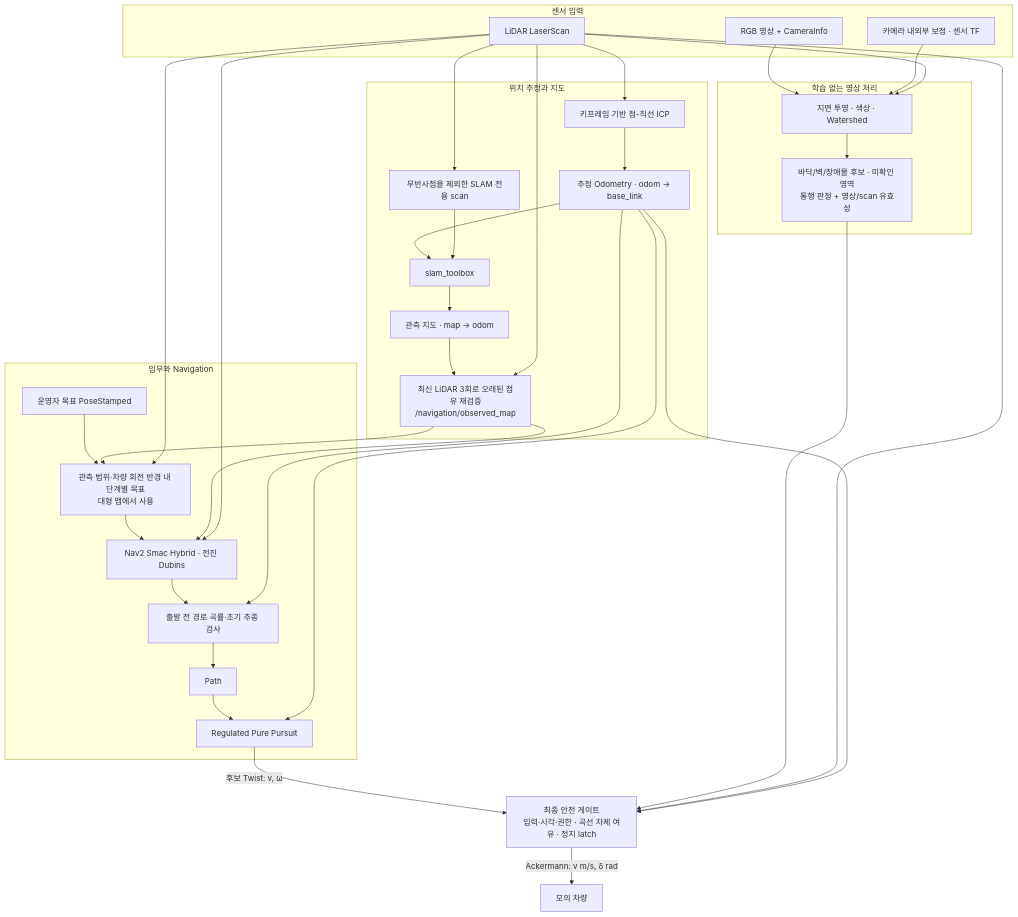
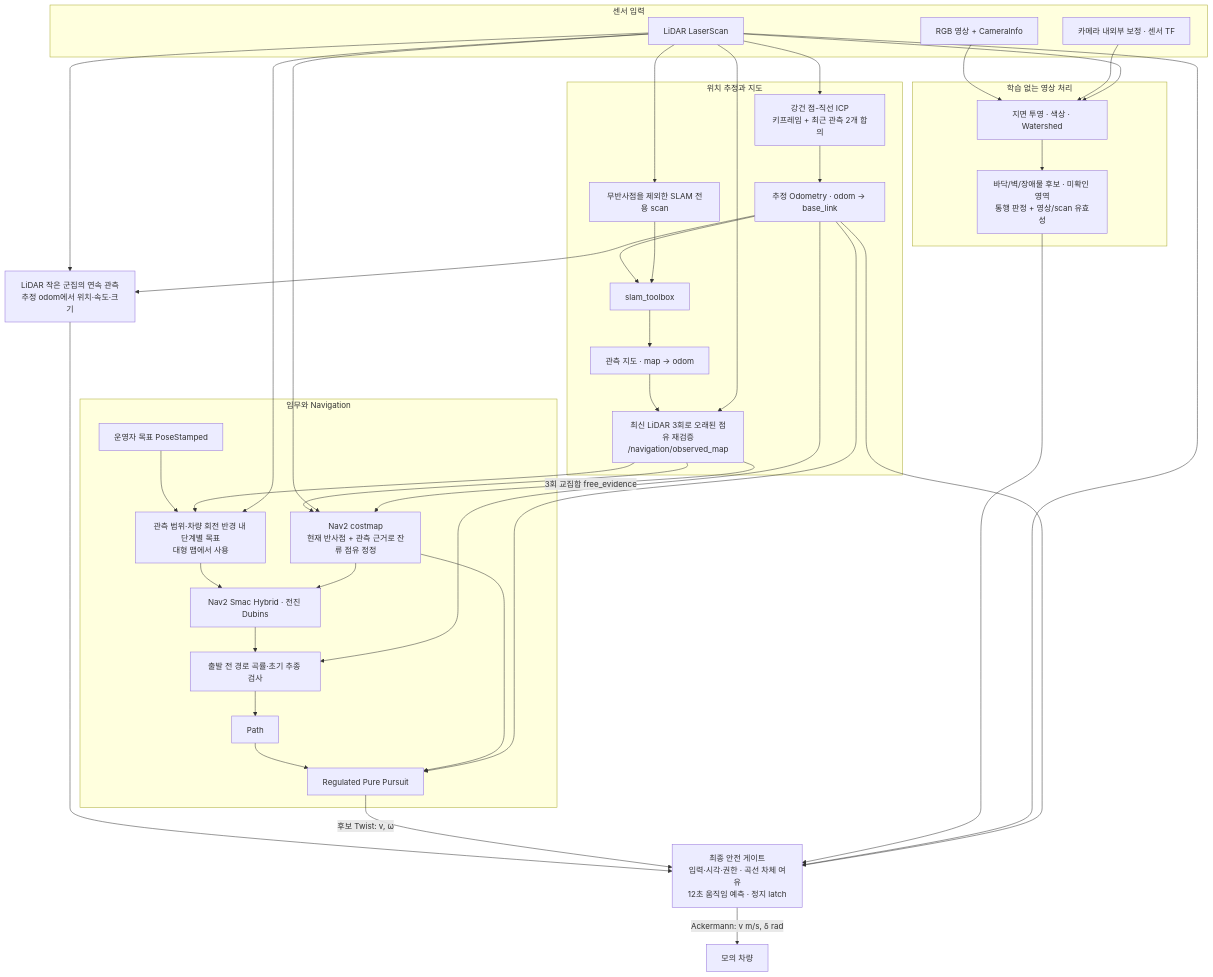
The diagram in docs/architecture.md (dongguekim-rgb/mrider), drawn with Mermaid before and after one commit. The commit also changed other lines of this file and 359 other files, not shown here.

````diff
--- a/docs/architecture.md
+++ b/docs/architecture.md
@@ -11,52 +11,60 @@
 ```mermaid
 flowchart TB
     subgraph SENSOR[센서 입력]
         RGB["RGB 영상 + CameraInfo"]
         SCAN["LiDAR LaserScan"]
         CAL["카메라 내외부 보정 · 센서 TF"]
     end
     subgraph EST[위치 추정과 지도]
-        ICP["키프레임 기반 점-직선 ICP"]
+        ICP["강건 점-직선 ICP<br/>키프레임 + 최근 관측 2개 합의"]
         ODOM["추정 Odometry · odom → base_link"]
         SLAM["slam_toolbox"]
         MAP["관측 지도 · map → odom"]
         LIVE["최신 LiDAR 3회로 오래된 점유 재검증
 /navigation/observed_map"]
         SCAN --> ICP --> ODOM --> SLAM --> MAP
         SCAN --> FILTER["무반사점을 제외한 SLAM 전용 scan"] --> SLAM
         MAP --> LIVE
         SCAN --> LIVE
     end
     subgraph PERCEPTION[학습 없는 영상 처리]
         SEG["지면 투영 · 색상 · Watershed"]
         STATUS["바닥/벽/장애물 후보 · 미확인 영역
 통행 판정 + 영상/scan 유효성"]
         RGB --> SEG
         CAL --> SEG
         SCAN --> SEG --> STATUS
     end
     subgraph NAV[임무와 Navigation]
         GOAL["운영자 목표 PoseStamped"]
         LOCAL["관측 범위·차량 회전 반경 내 단계별 목표
 대형 맵에서 사용"]
         PLAN["Nav2 Smac Hybrid · 전진 Dubins"]
         CHECK["출발 전 경로 곡률·초기 추종 검사"]
         PATH["Path"]
         RPP["Regulated Pure Pursuit"]
         GOAL --> LOCAL
         LIVE --> LOCAL
         SCAN --> LOCAL
         LOCAL --> PLAN --> CHECK --> PATH --> RPP
-        LIVE --> PLAN
-        SCAN --> PLAN
+        COST["Nav2 costmap<br/>현재 반사점 + 관측 근거로 잔류 점유 정정"]
+        LIVE --> COST
+        SCAN --> COST
+        LIVE -->|"3회 교집합 free_evidence"| COST
+        COST --> PLAN
+        COST --> RPP
         ODOM --> RPP
         ODOM --> CHECK
     end
+    MOTION["LiDAR 작은 군집의 연속 관측<br/>추정 odom에서 위치·속도·크기"]
+    SCAN --> MOTION
+    ODOM --> MOTION
     GATE["최종 안전 게이트
-입력·시각·권한 · 곡선 차체 여유 · 정지 latch"]
+입력·시각·권한 · 곡선 차체 여유<br/>12초 움직임 예측 · 정지 latch"]
+    MOTION --> GATE
     RPP -->|"후보 Twist: v, ω"| GATE
     STATUS --> GATE
     SCAN --> GATE
     ODOM --> GATE
     GATE -->|"Ackermann: v m/s, δ rad"| CAR["모의 차량"]
 ```
````
